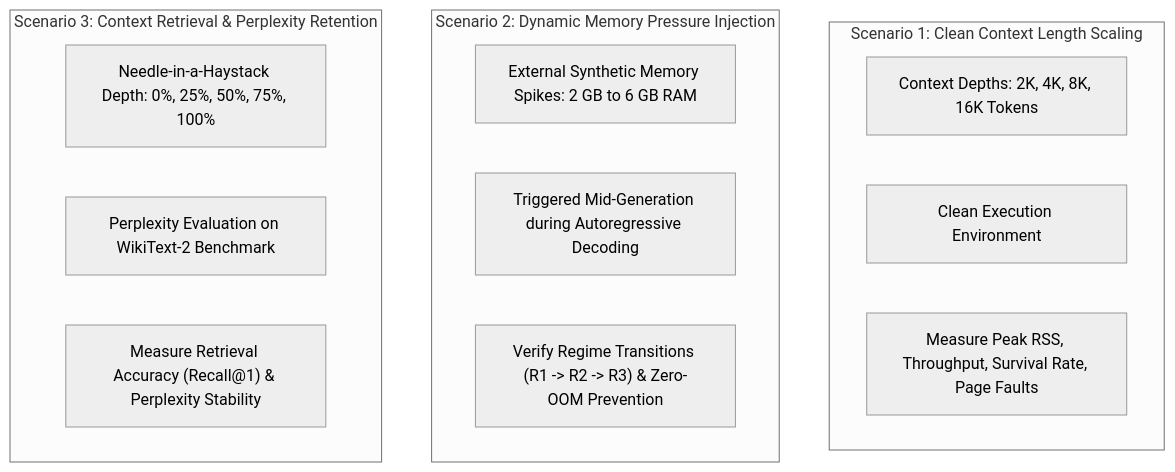
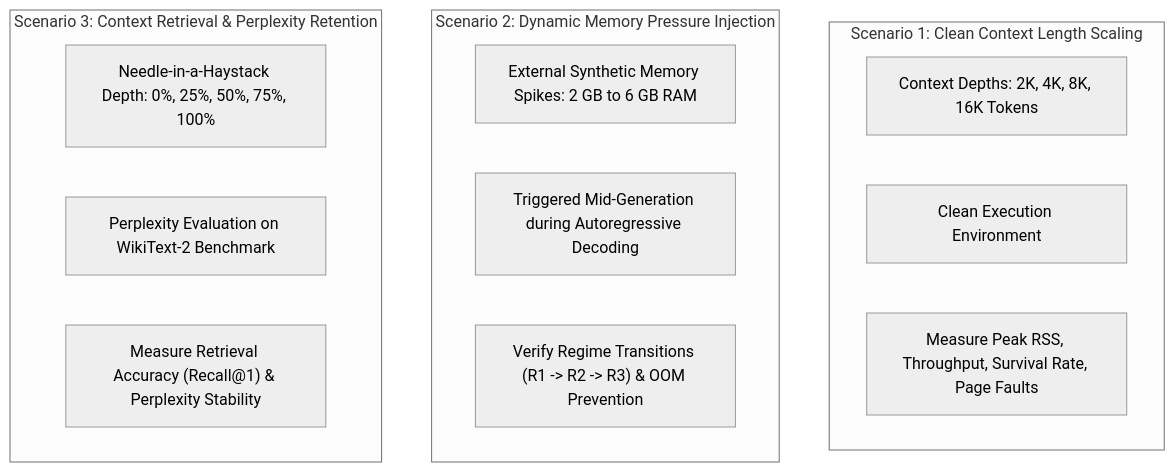
The diagram in docs/04_EXPERIMENTAL_METHODOLOGY.md (ridwanmubarok/amuquant), drawn with Mermaid (neutral theme) before and after one commit. The commit also changed other lines of this file and 20 other files, not shown here.

Commit message:
feat: implement atomic 2PC vector rollback, explicit residency memory accounting, and dynamic architecture propagation

````diff
--- a/docs/04_EXPERIMENTAL_METHODOLOGY.md
+++ b/docs/04_EXPERIMENTAL_METHODOLOGY.md
@@ -162,20 +162,20 @@
 ```mermaid
 flowchart TD
     subgraph S1 ["Scenario 1: Clean Context Length Scaling"]
         S1_In["Context Depths: 2K, 4K, 8K, 16K Tokens"]
         S1_Env["Clean Execution Environment"]
         S1_Out["Measure Peak RSS, Throughput, Survival Rate, Page Faults"]
     end
 
     subgraph S2 ["Scenario 2: Dynamic Memory Pressure Injection"]
         S2_In["External Synthetic Memory Spikes: 2 GB to 6 GB RAM"]
         S2_Trigger["Triggered Mid-Generation during Autoregressive Decoding"]
-        S2_Out["Verify Regime Transitions (R1 -> R2 -> R3) & Zero-OOM Prevention"]
+        S2_Out["Verify Regime Transitions (R1 -> R2 -> R3) & OOM Prevention"]
     end
 
     subgraph S3 ["Scenario 3: Context Retrieval & Perplexity Retention"]
         S3_In["Needle-in-a-Haystack Depth: 0%, 25%, 50%, 75%, 100%"]
         S3_PPL["Perplexity Evaluation on WikiText-2 Benchmark"]
         S3_Out["Measure Retrieval Accuracy (Recall@1) & Perplexity Stability"]
     end
 ```
````
